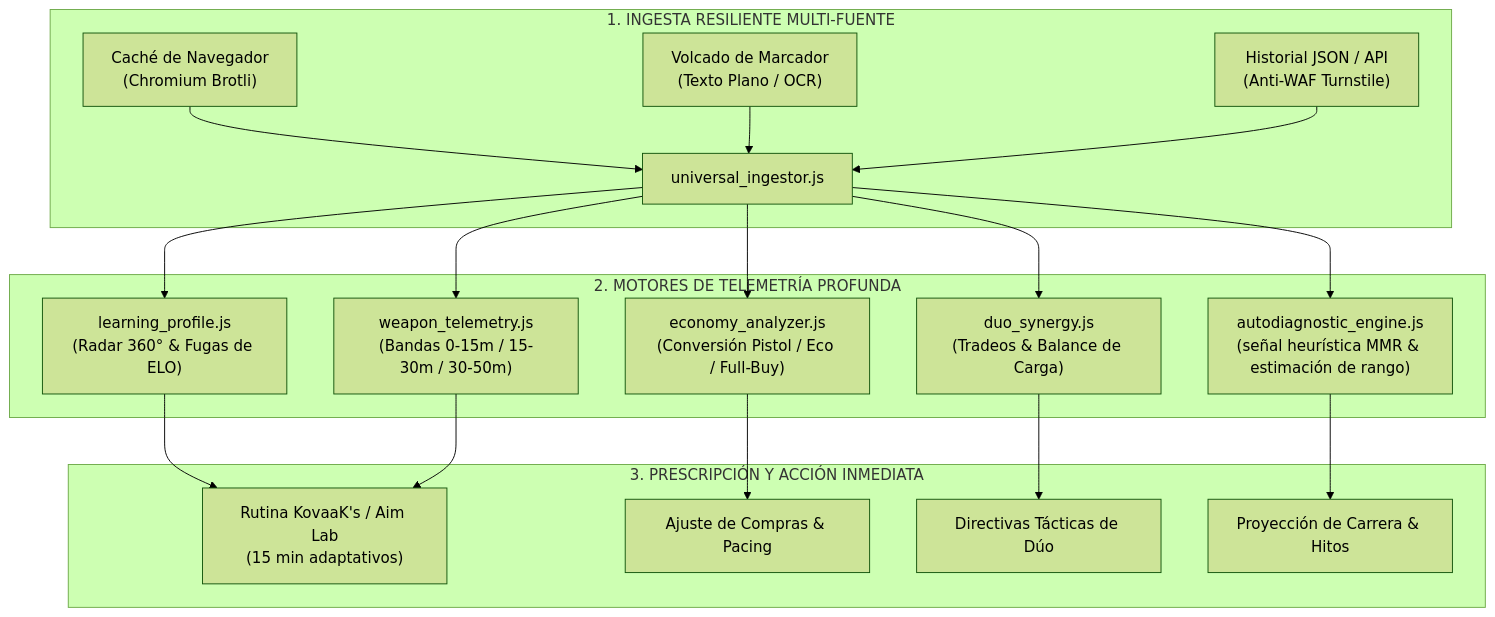
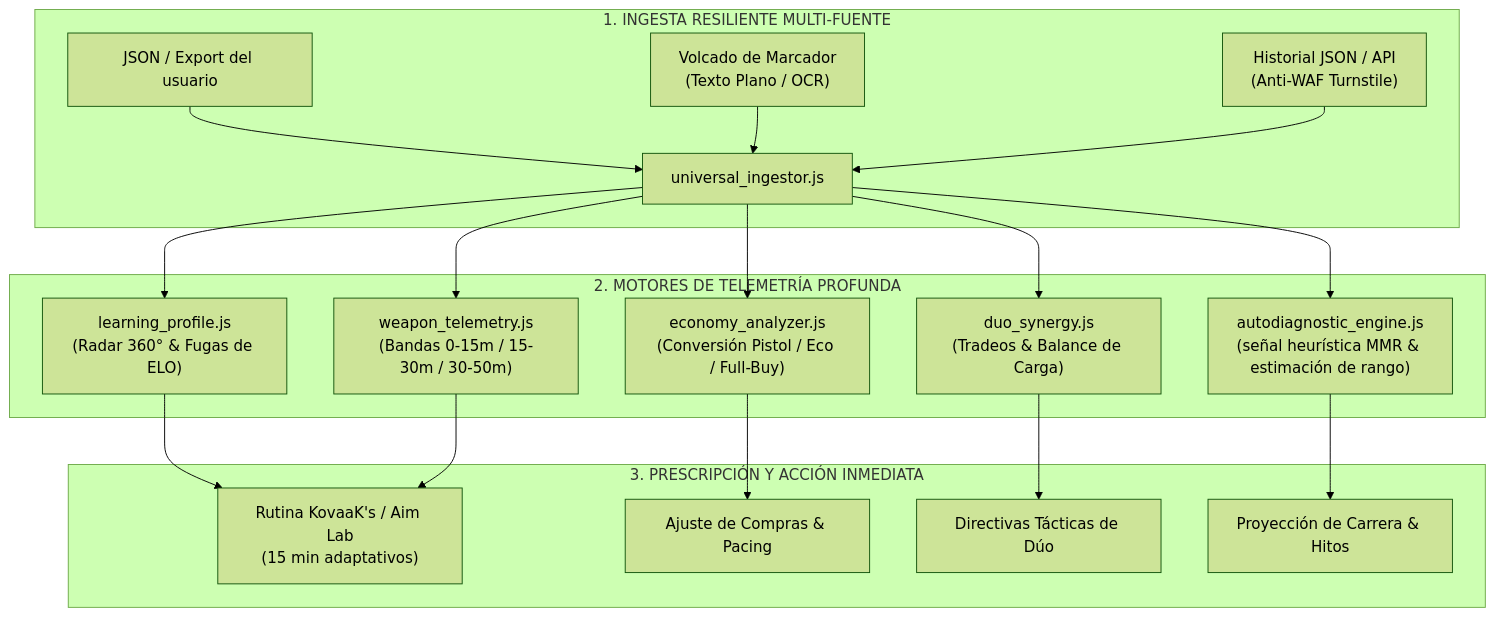
One commit to Acourd/valorant-analytics changed the diagram in README.es.md. Above: the diagram before and after it, drawn with Mermaid (forest theme). The commit also changed other lines of this file and 10 other files, not shown here.

````diff
--- a/README.es.md
+++ b/README.es.md
@@ -44,33 +44,32 @@
 ```mermaid
 flowchart TD
     subgraph INGESTION["1. INGESTA RESILIENTE MULTI-FUENTE"]
-        A1["Caché de Navegador
-(Chromium Brotli)"] --> B["universal_ingestor.js"]
+        A1["JSON / Export del usuario"] --> B["universal_ingestor.js"]
         A2["Volcado de Marcador
 (Texto Plano / OCR)"] --> B
         A3["Historial JSON / API
 (Anti-WAF Turnstile)"] --> B
     end
 
     subgraph ENGINE["2. MOTORES DE TELEMETRÍA PROFUNDA"]
         B --> C1["learning_profile.js
 (Radar 360° & Fugas de ELO)"]
         B --> C2["weapon_telemetry.js
 (Bandas 0-15m / 15-30m / 30-50m)"]
         B --> C3["economy_analyzer.js
 (Conversión Pistol / Eco / Full-Buy)"]
         B --> C4["duo_synergy.js
 (Tradeos & Balance de Carga)"]
         B --> C5["autodiagnostic_engine.js
 (señal heurística MMR & estimación de rango)"]
     end
 
     subgraph OUTPUT["3. PRESCRIPCIÓN Y ACCIÓN INMEDIATA"]
         C1 --> D1["Rutina KovaaK's / Aim Lab
 (15 min adaptativos)"]
         C2 --> D1
         C3 --> D2["Ajuste de Compras & Pacing"]
         C4 --> D3["Directivas Tácticas de Dúo"]
         C5 --> D4["Proyección de Carrera & Hitos"]
     end
 ```
````
